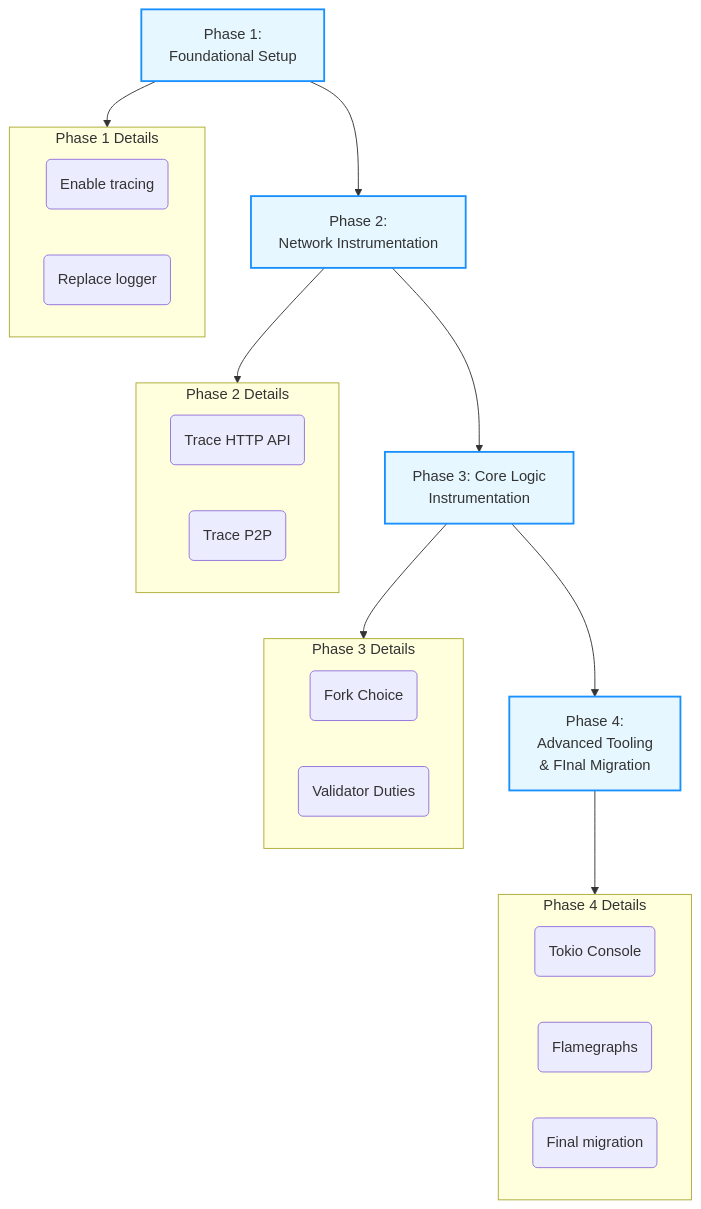
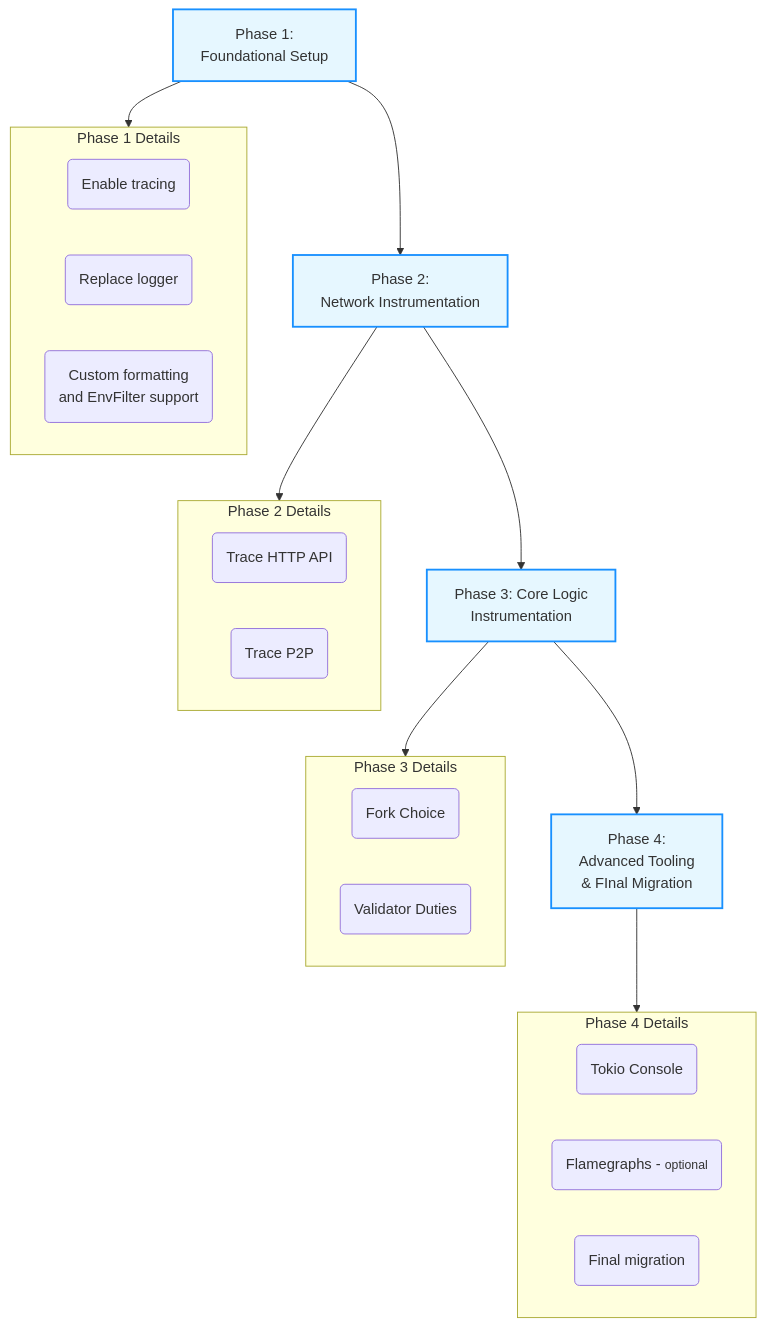
One commit to vlladin/cohort-six changed the second of 2 diagrams in projects/Grandine-Implementing-Tokio-Tracing-For-Debugging-And-Performance-Analysis.md. Above: the diagram before and after it, drawn with Mermaid. The commit also changed other lines of this file, not shown here.

````diff
--- a/projects/Grandine-Implementing-Tokio-Tracing-For-Debugging-And-Performance-Analysis.md
+++ b/projects/Grandine-Implementing-Tokio-Tracing-For-Debugging-And-Performance-Analysis.md
@@ -153,40 +111,41 @@
 ```mermaid
 flowchart TD
     style A fill:#e6f7ff,stroke:#1890ff,stroke-width:2px
     style B fill:#e6f7ff,stroke:#1890ff,stroke-width:2px
     style C fill:#e6f7ff,stroke:#1890ff,stroke-width:2px
     style D fill:#e6f7ff,stroke:#1890ff,stroke-width:2px
 
     A[Phase 1: <br>Foundational Setup]
     B[Phase 2: <br>Network Instrumentation]
     C[Phase 3: Core Logic <br>Instrumentation]
     D[Phase 4: <br> Advanced Tooling <br>& FInal Migration]
 
     A --> B --> C --> D
 
     subgraph S1 [Phase 1 Details]
         A1(Enable tracing)
         A2(Replace logger)
+        A3(Custom formatting <br>and EnvFilter support)
     end
     A --> S1
 
     subgraph S2 [Phase 2 Details]
         B1(Trace HTTP API)
         B2(Trace P2P)
     end
     B --> S2
 
     subgraph S3 [Phase 3 Details]
         C1(Fork Choice)
         C2(Validator Duties)
     end
     C --> S3
 
     subgraph S4 [Phase 4 Details]
         D1(Tokio Console)
-        D2(Flamegraphs)
+        D2(Flamegraphs - <span style="font-size:smaller">optional</span>)
         D3(Final migration)
     end
     D --> S4
 
 ```
````
